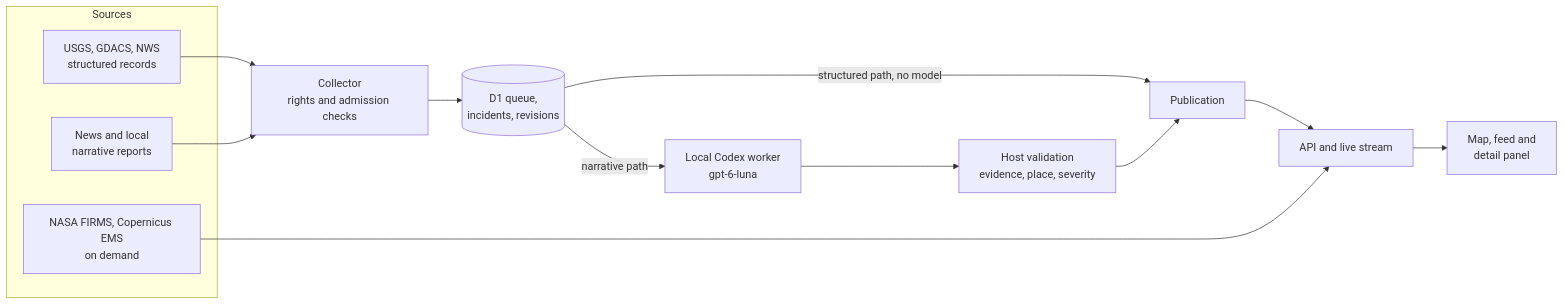
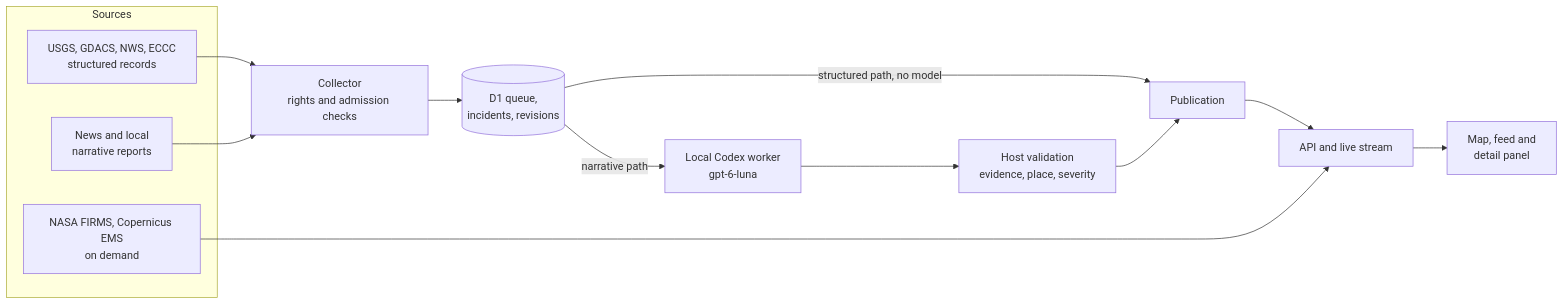
The diagram in README.md (fortunexbt/world-watch), drawn with Mermaid before and after one commit. The commit also changed other lines of this file and 9 other files, not shown here.

First line of the commit message:
Publish ECCC weather warnings as structured hazard records

````diff
--- a/README.md
+++ b/README.md
@@ -34,18 +34,18 @@
 ```mermaid
 flowchart LR
   subgraph Sources
-    S1[USGS, GDACS, NWS<br/>structured records]
+    S1[USGS, GDACS, NWS, ECCC<br/>structured records]
     S2[News and local<br/>narrative reports]
     S3[NASA FIRMS, Copernicus EMS<br/>on demand]
   end
   S1 --> C[Collector<br/>rights and admission checks]
   S2 --> C
   C --> D[(D1 queue,<br/>incidents, revisions)]
   D -->|structured path, no model| P[Publication]
   D -->|narrative path| W[Local Codex worker<br/>gpt-6-luna]
   W --> V[Host validation<br/>evidence, place, severity]
   V --> P
   P --> A[API and live stream]
   S3 --> A
   A --> M[Map, feed and<br/>detail panel]
 ```
````
